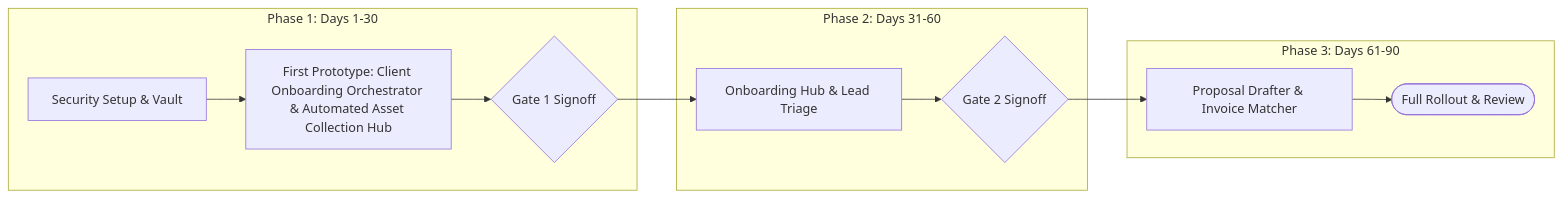
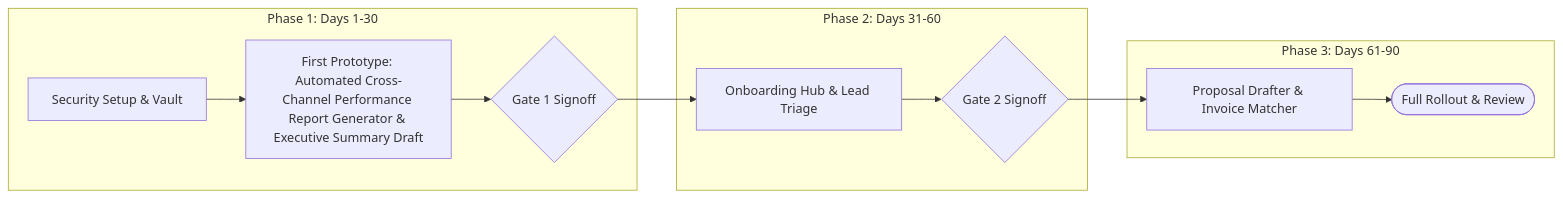
The sixth of 6 diagrams in outputs/executive_report.md (KalminX/ai_opportunity_audit), drawn with Mermaid before and after one commit. The commit also changed other lines of this file and 13 other files, not shown here.

````diff
--- a/outputs/executive_report.md
+++ b/outputs/executive_report.md
@@ -557,15 +557,15 @@
 ```mermaid
 flowchart LR
   subgraph P1 ["Phase 1: Days 1-30"]
-    R1["Security Setup & Vault"] --> R2["First Prototype: Client Onboarding Orchestrator & Automated Asset Collection Hub"]
+    R1["Security Setup & Vault"] --> R2["First Prototype: Automated Cross-Channel Performance Report Generator & Executive Summary Draft"]
     R2 --> G1{"Gate 1 Signoff"}
   end
   subgraph P2 ["Phase 2: Days 31-60"]
     G1 --> R3["Onboarding Hub & Lead Triage"]
     R3 --> G2{"Gate 2 Signoff"}
   end
   subgraph P3 ["Phase 3: Days 61-90"]
     G2 --> R4["Proposal Drafter & Invoice Matcher"]
     R4 --> G3(["Full Rollout & Review"])
   end
 ```
````
